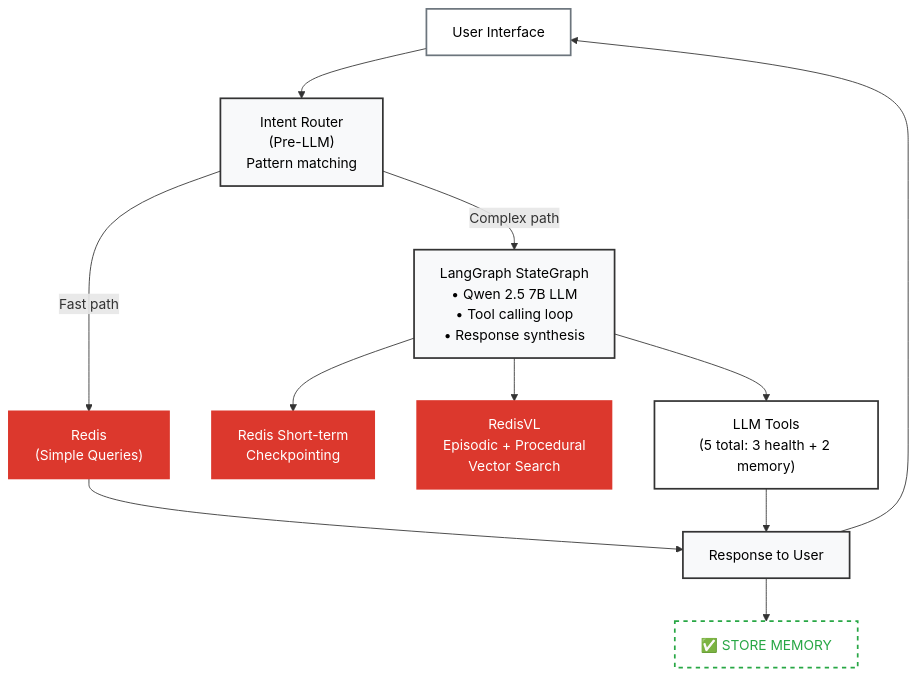
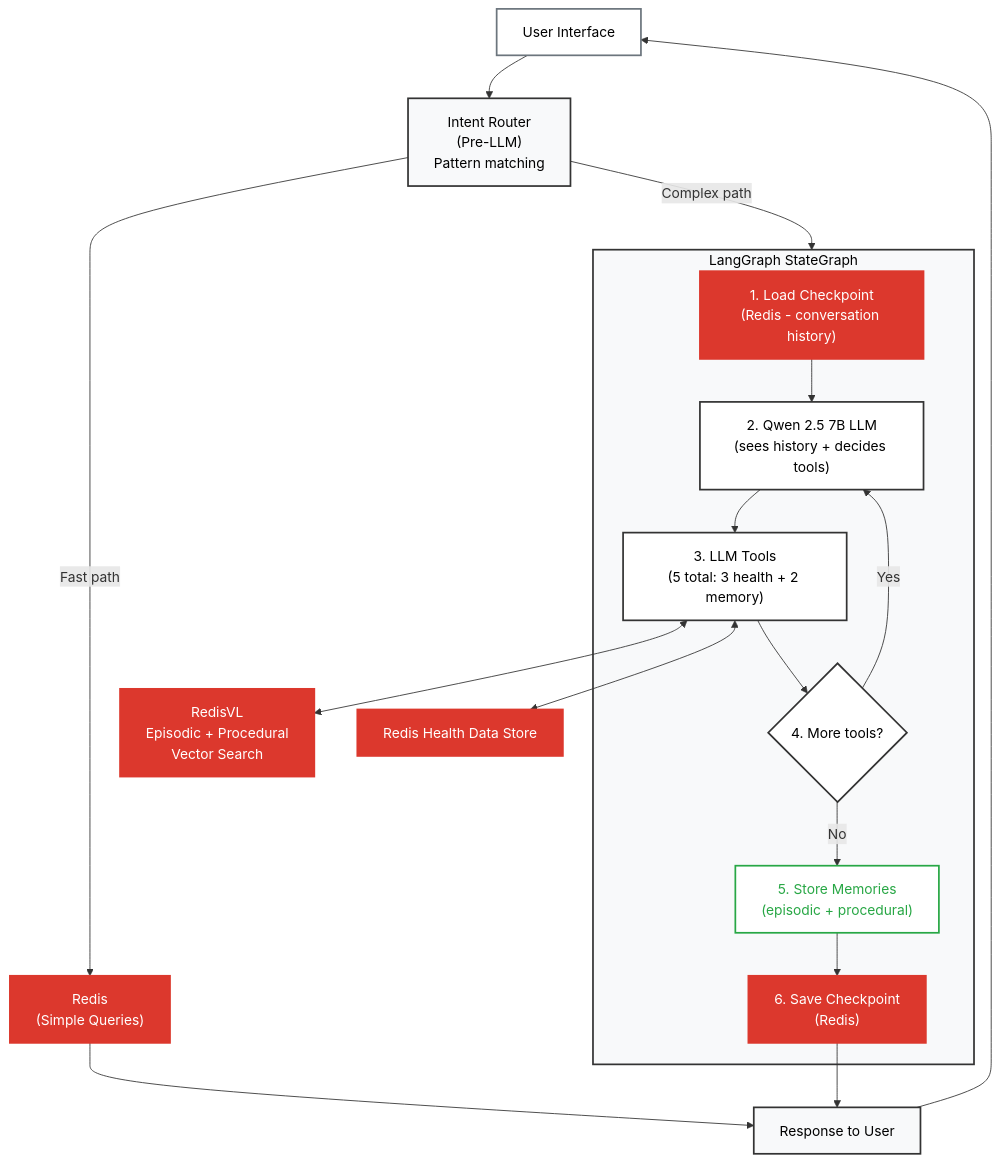
One commit to AllieRays/redis-wellness changed the second of 2 diagrams in docs/05_STATELESS_VS_STATEFUL_COMPARISON.md. Above: the diagram before and after it, drawn with Mermaid. The commit also changed 3 other files, not shown here.

````diff
--- a/docs/05_STATELESS_VS_STATEFUL_COMPARISON.md
+++ b/docs/05_STATELESS_VS_STATEFUL_COMPARISON.md
@@ -58,33 +58,49 @@
 ```mermaid
 flowchart TB
     UI["User Interface"]
     Router["Intent Router<br/>(Pre-LLM)<br/>Pattern matching"]
     Simple["Redis<br/>(Simple Queries)"]
-    Complex["LangGraph StateGraph<br/>• Qwen 2.5 7B LLM<br/>• Tool calling loop<br/>• Response synthesis"]
-    RedisShort["Redis Short-term<br/>Checkpointing"]
+    
+    subgraph LangGraph["LangGraph StateGraph"]
+        Load["1. Load Checkpoint<br/>(Redis - conversation history)"]
+        LLM["2. Qwen 2.5 7B LLM<br/>(sees history + decides tools)"]
+        Tools["3. LLM Tools<br/>(5 total: 3 health + 2 memory)"]
+        Loop{"4. More tools?"}
+        Store["5. Store Memories<br/>(episodic + procedural)"]
+        Save["6. Save Checkpoint<br/>(Redis)"]
+        
+        Load --> LLM
+        LLM --> Tools
+        Tools --> Loop
+        Loop -->|Yes| LLM
+        Loop -->|No| Store
+        Store --> Save
+    end
+    
     RedisVL["RedisVL<br/>Episodic + Procedural<br/>Vector Search"]
-    Tools["LLM Tools<br/>(5 total: 3 health + 2 memory)"]
+    RedisData["Redis Health Data Store"]
     Response["Response to User"]
-    Store["✅ STORE MEMORY"]
 
     UI --> Router
     Router -->|"Fast path"| Simple
-    Router -->|"Complex path"| Complex
+    Router -->|"Complex path"| LangGraph
     Simple --> Response
-    Complex --> RedisShort
-    Complex --> RedisVL
-    Complex --> Tools
-    Tools --> Response
+    Tools <--> RedisVL
+    Tools <--> RedisData
+    Save --> Response
     Response --> UI
-    Response --> Store
 
     style UI fill:#fff,stroke:#6c757d,stroke-width:2px,color:#000
     style Router fill:#f8f9fa,stroke:#333,stroke-width:2px,color:#000
     style Simple fill:#dc382d,stroke:#dc382d,stroke-width:2px,color:#fff
-    style Complex fill:#f8f9fa,stroke:#333,stroke-width:2px,color:#000
-    style RedisShort fill:#dc382d,stroke:#dc382d,stroke-width:2px,color:#fff
+    style LangGraph fill:#f8f9fa,stroke:#333,stroke-width:2px,color:#000
+    style Load fill:#dc382d,stroke:#dc382d,stroke-width:2px,color:#fff
+    style LLM fill:#fff,stroke:#333,stroke-width:2px,color:#000
+    style Tools fill:#fff,stroke:#333,stroke-width:2px,color:#000
+    style Loop fill:#fff,stroke:#333,stroke-width:2px,color:#000
+    style Store fill:#fff,stroke:#28a745,stroke-width:2px,color:#28a745
+    style Save fill:#dc382d,stroke:#dc382d,stroke-width:2px,color:#fff
     style RedisVL fill:#dc382d,stroke:#dc382d,stroke-width:2px,color:#fff
-    style Tools fill:#fff,stroke:#333,stroke-width:2px,color:#000
+    style RedisData fill:#dc382d,stroke:#dc382d,stroke-width:2px,color:#fff
     style Response fill:#f8f9fa,stroke:#333,stroke-width:2px,color:#000
-    style Store fill:#fff,stroke:#28a745,stroke-width:2px,color:#28a745,stroke-dasharray: 5 5
 ```
````
